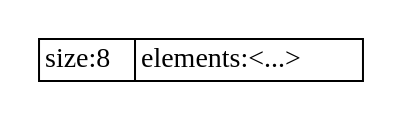
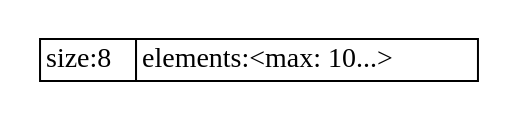
Before and after one commit to sireum/bitcodec-examples: the diagram in src/genraw/genraw-spec.dot, drawn with Graphviz. The commit also changed 12 other files, not shown here.

```diff
--- a/src/genraw/genraw-spec.dot
+++ b/src/genraw/genraw-spec.dot
@@ -1,13 +1,13 @@
 digraph G {
   rankdir = LR;
   graph [splines=ortho];
   node [shape=plaintext];
   edge [arrowhead=vee];
 
   n0 [label=<
     <TABLE BORDER="0" CELLBORDER="1" CELLSPACING="0" TOOLTIP="Foo" HREF="#">
-      <TR><TD>size:8</TD><TD>elements:&lt;...&gt;</TD></TR>
+      <TR><TD>size:8</TD><TD>elements:&lt;max: 10...&gt;</TD></TR>
     </TABLE>
   >];
 
 }
```
